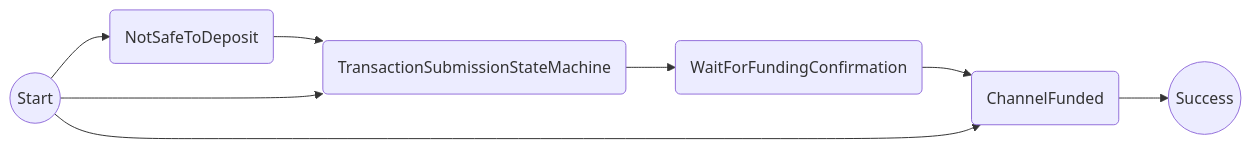
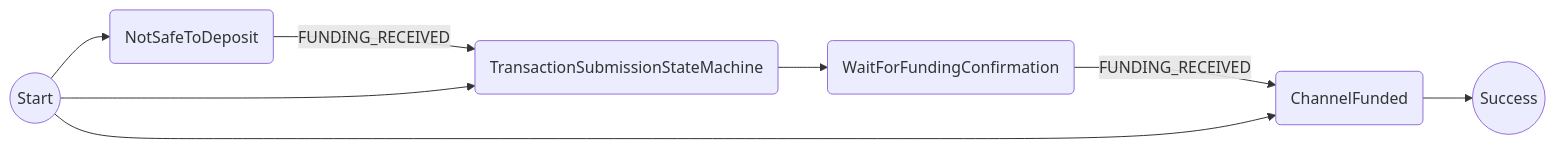
One commit to magmo/apps changed the diagram in packages/wallet/src/redux/protocols/direct-funding/readme.md. Above: the diagram before and after it, drawn with Mermaid.

Commit message:
Adding actions to readme

````diff
--- a/packages/wallet/src/redux/protocols/direct-funding/readme.md
+++ b/packages/wallet/src/redux/protocols/direct-funding/readme.md
@@ -11,10 +11,10 @@
 ```mermaid
 graph LR
 ST((Start))-->NSD(NotSafeToDeposit)
-NSD-->TSSM(TransactionSubmissionStateMachine)
+NSD-->|FUNDING_RECEIVED|TSSM(TransactionSubmissionStateMachine)
 ST-->TSSM
 TSSM-->WFFC(WaitForFundingConfirmation)
-WFFC-->CF(ChannelFunded)
+WFFC-->|FUNDING_RECEIVED|CF(ChannelFunded)
 ST-->CF
 CF-->SC((Success))
 ```
````
